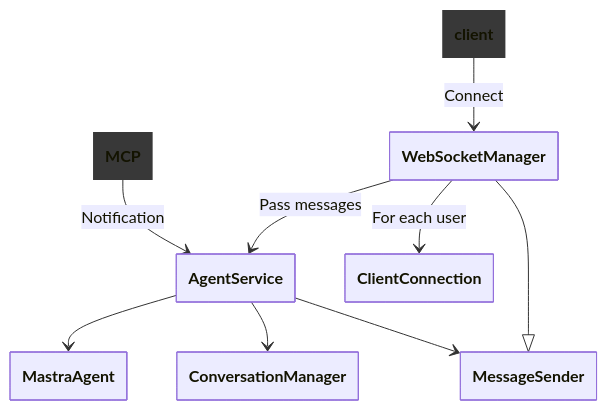
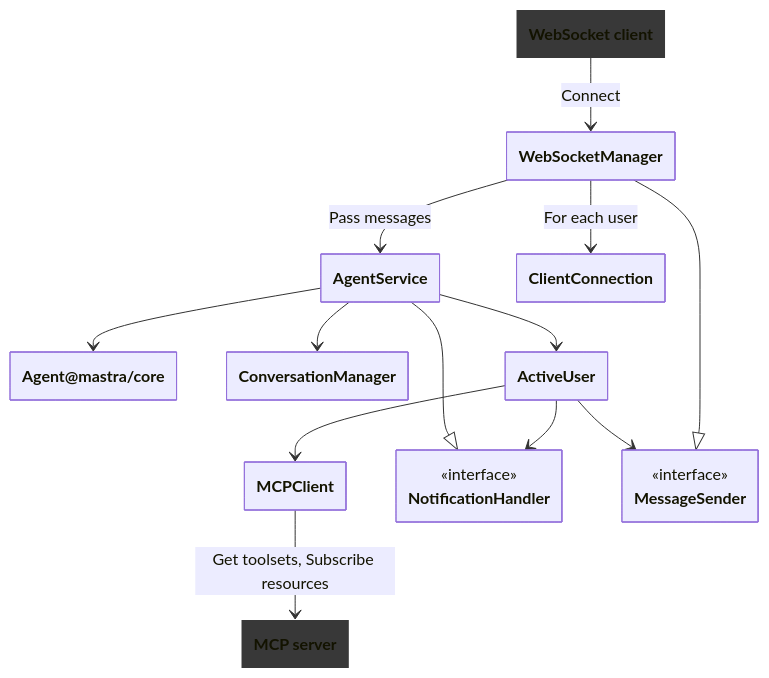
Before and after one commit to kinoh/Tsuki: the diagram in docs/core.md, drawn with Mermaid. The commit also changed 7 other files, not shown here.

First line of the commit message:
feat(core): implement autonomous event notifications with user-specific MCP isolation

````diff
--- a/docs/core.md
+++ b/docs/core.md
@@ -26,22 +26,29 @@
 ```mermaid
 ---
 config:
   class:
     hideEmptyMembersBox: true
 ---
 classDiagram
-    client --> WebSocketManager : Connect
-    MCP --> AgentService : Notification
-    AgentService --> MastraAgent
+    `WebSocket client` --> WebSocketManager : Connect
+    MCPClient --> `MCP server` : Get toolsets, Subscribe resources
+    AgentService --> `Agent@mastra/core`
     AgentService --> ConversationManager
-    AgentService --> MessageSender
+    AgentService --> ActiveUser
+    AgentService --|> NotificationHandler
+    ActiveUser --> MCPClient
+    ActiveUser --> NotificationHandler
+    ActiveUser --> MessageSender
     WebSocketManager --> AgentService : Pass messages
     WebSocketManager --|> MessageSender
     WebSocketManager --> ClientConnection : For each user
-    class MastraAgent{ }
-    class ConversationManager{ }
-    class MessageSender{ }
-    class WebSocketManager{ }
-    style MCP stroke:none,fill:#383838
-    style client stroke:none,fill:#383838
-```
+    class `Agent@mastra/core`
+    class ConversationManager
+    <<interface>> NotificationHandler
+    <<interface>> MessageSender
+    class WebSocketManager
+    class ActiveUser
+    class `MCP server`:::external
+    class `WebSocket client`:::external
+    classDef external stroke:none,fill:#383838
+  ```
````
